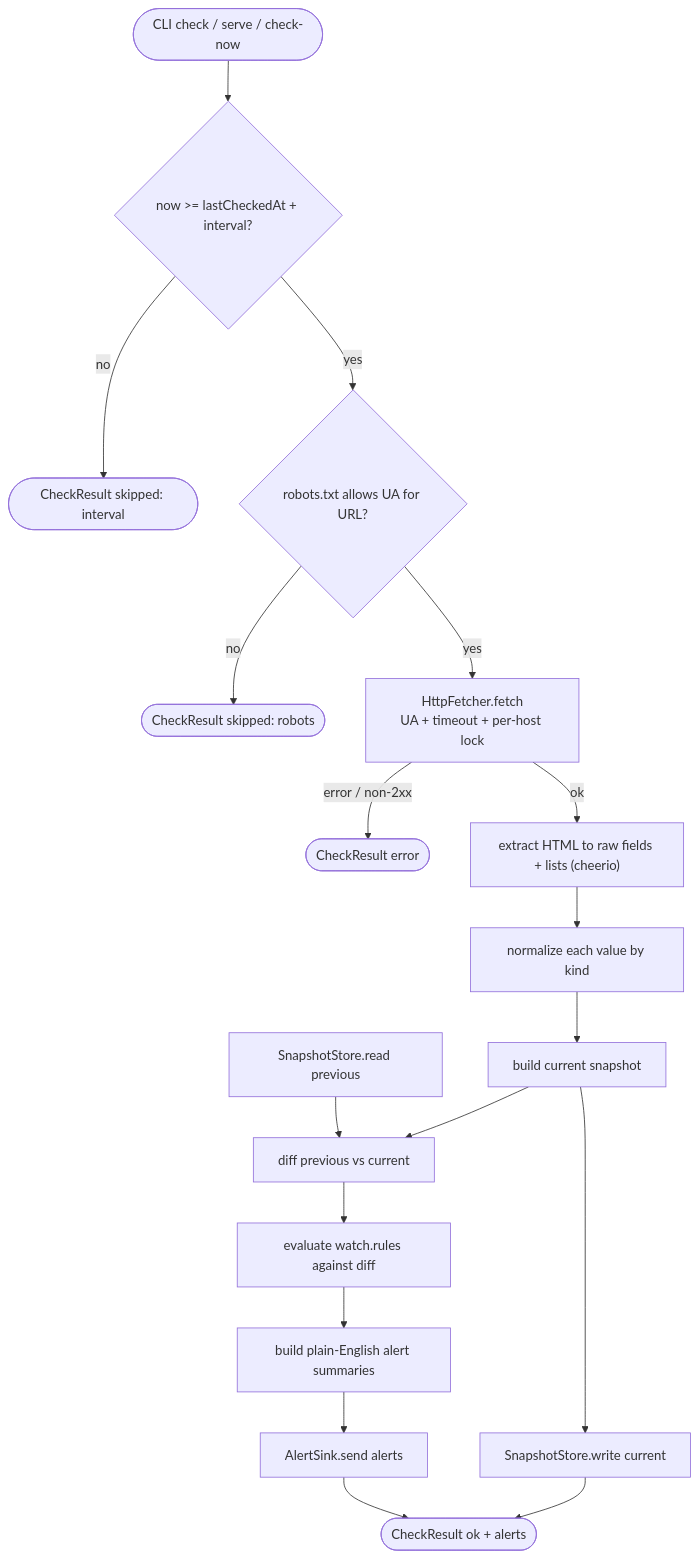
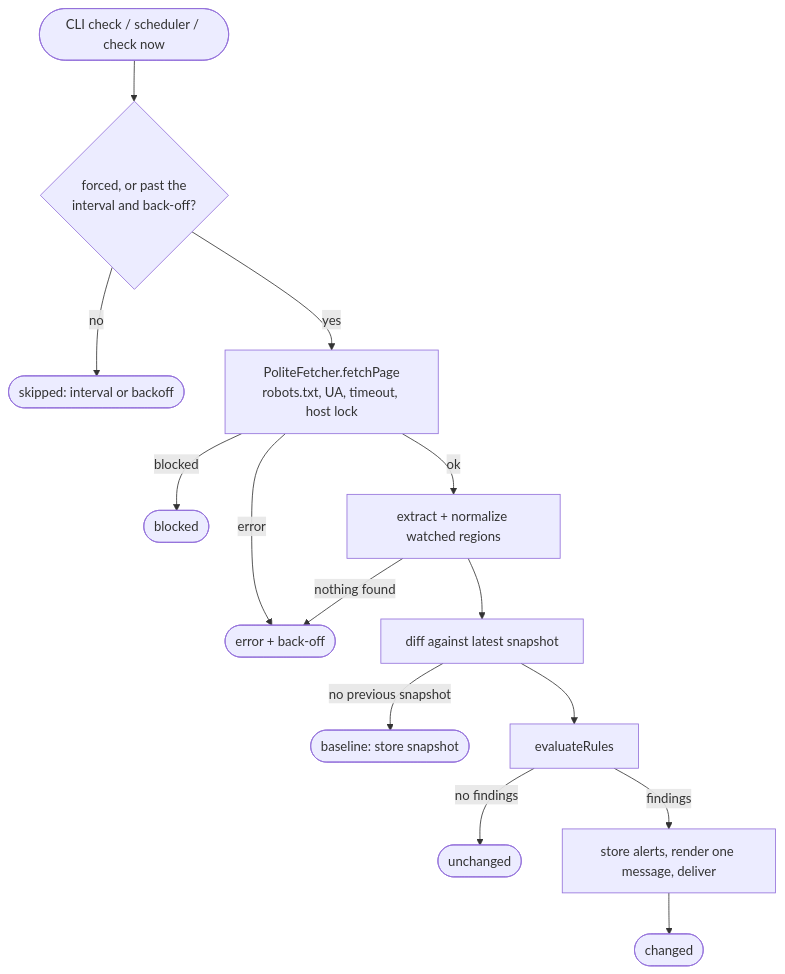
One commit to blackwingArtisan/ghost-watcher changed the first of 2 diagrams in .kiro/specs/ghost-watcher-kit/design.md. Above: the diagram before and after it, drawn with Mermaid. The commit also changed other lines of this file and 33 other files, not shown here.

````diff
--- a/.kiro/specs/ghost-watcher-kit/design.md
+++ b/.kiro/specs/ghost-watcher-kit/design.md
@@ -74,20 +82,16 @@
 ```mermaid
 flowchart TD
-  Start(["CLI check / serve / check-now"]) --> Gate{"now &gt;= lastCheckedAt + interval?"}
-  Gate -- no --> Skipped(["CheckResult skipped: interval"])
-  Gate -- yes --> Robots{"robots.txt allows UA for URL?"}
-  Robots -- no --> Skipped2(["CheckResult skipped: robots"])
-  Robots -- yes --> Fetch["HttpFetcher.fetch<br/>UA + timeout + per-host lock"]
-  Fetch -- error / non-2xx --> Err(["CheckResult error"])
-  Fetch -- ok --> Extract["extract HTML to raw fields + lists (cheerio)"]
-  Extract --> Normalize["normalize each value by kind"]
-  Normalize --> Snap["build current snapshot"]
-  Read["SnapshotStore.read previous"] --> Diff
-  Snap --> Diff["diff previous vs current"]
-  Diff --> Rules["evaluate watch.rules against diff"]
-  Rules --> Summary["build plain-English alert summaries"]
-  Summary --> Sink["AlertSink.send alerts"]
-  Snap --> Write["SnapshotStore.write current"]
-  Sink --> Ok(["CheckResult ok + alerts"])
-  Write --> Ok
+  Start(["CLI check / scheduler / check now"]) --> Gate{"forced, or past the<br/>interval and back-off?"}
+  Gate -- no --> Skipped(["skipped: interval or backoff"])
+  Gate -- yes --> Fetch["PoliteFetcher.fetchPage<br/>robots.txt, UA, timeout, host lock"]
+  Fetch -- blocked --> Blocked(["blocked"])
+  Fetch -- error --> Err(["error + back-off"])
+  Fetch -- ok --> Extract["extract + normalize watched regions"]
+  Extract -- nothing found --> Err
+  Extract --> Diff["diff against latest snapshot"]
+  Diff -- no previous snapshot --> Base(["baseline: store snapshot"])
+  Diff --> Rules["evaluateRules"]
+  Rules -- no findings --> Same(["unchanged"])
+  Rules -- findings --> Alerts["store alerts, render one message, deliver"]
+  Alerts --> Changed(["changed"])
 ```
````
